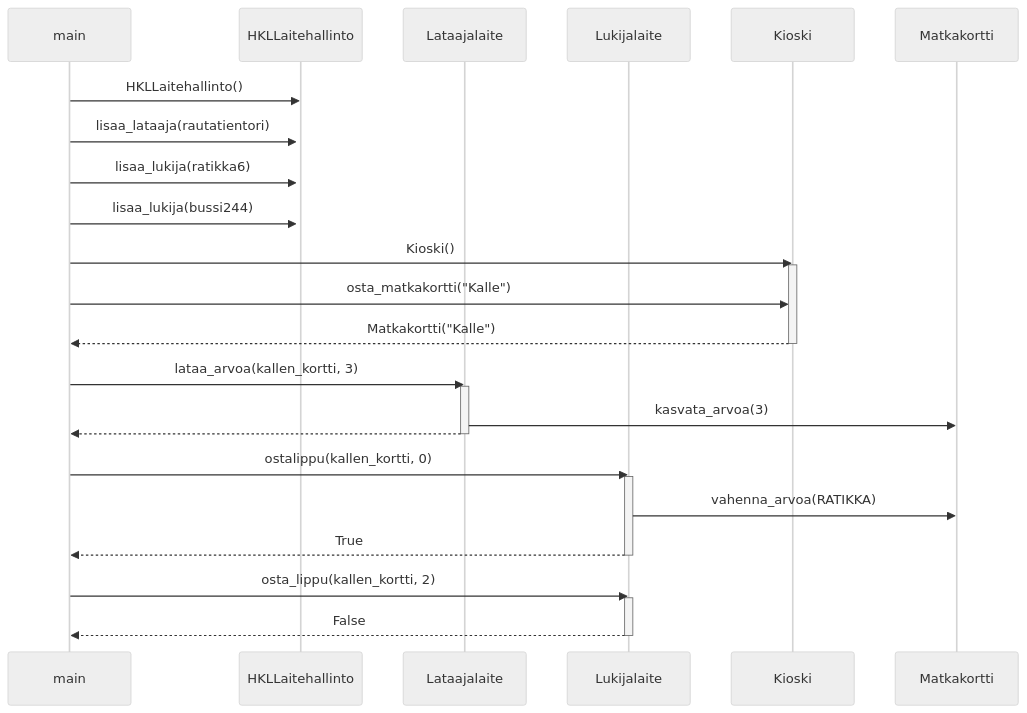
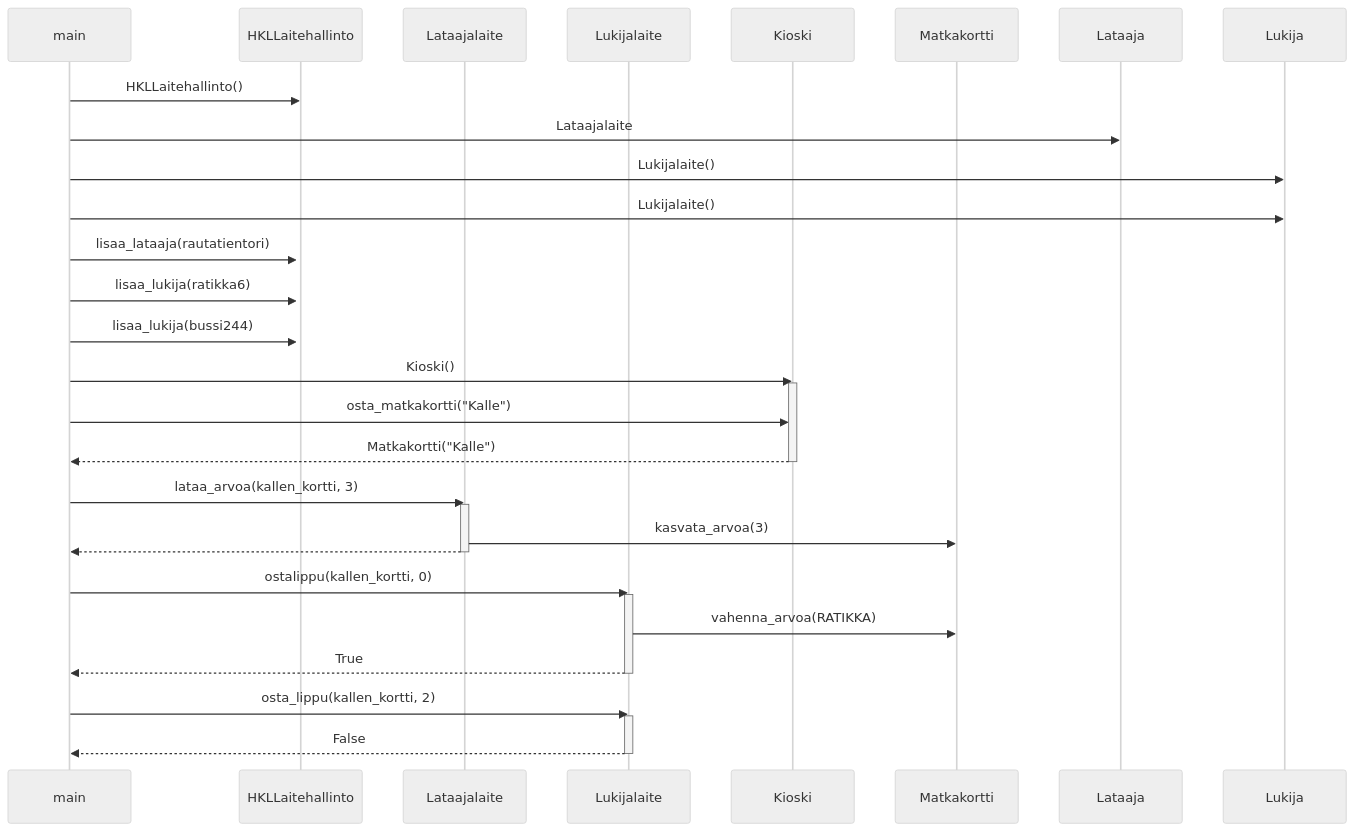
The diagram in laskarit/viikko3/laajempi_sekvenssikaavio.md (brotholi/ot-harjoitustyo), drawn with Mermaid (neutral theme) before and after one commit.

````diff
--- a/laskarit/viikko3/laajempi_sekvenssikaavio.md
+++ b/laskarit/viikko3/laajempi_sekvenssikaavio.md
@@ -3,42 +3,45 @@
 ```mermaid
 sequenceDiagram
   participant main
   participant HKLLaitehallinto
   participant Lataajalaite
   participant Lukijalaite
   participant Kioski
   participant Matkakortti
   
   main->>HKLLaitehallinto: HKLLaitehallinto()
   activate HKLLaitehallinto
+  main->>Lataaja: Lataajalaite
+  main->>Lukija: Lukijalaite()
+  main->>Lukija: Lukijalaite()
  
   main->>HKLLaitehallinto: lisaa_lataaja(rautatientori)
   main->>HKLLaitehallinto: lisaa_lukija(ratikka6)
   main->>HKLLaitehallinto: lisaa_lukija(bussi244)
   
   main->>Kioski: Kioski()
   activate Kioski
   main->>Kioski: osta_matkakortti("Kalle")
   Kioski-->>main: Matkakortti("Kalle")
   deactivate Kioski
   
   main->>Lataajalaite: lataa_arvoa(kallen_kortti, 3)
   activate Lataajalaite
   Lataajalaite->>Matkakortti: kasvata_arvoa(3)
   Lataajalaite-->>main:   
   deactivate Lataajalaite
   
   
   main->>Lukijalaite: ostalippu(kallen_kortti, 0)
   activate Lukijalaite
   Lukijalaite->>Matkakortti: vahenna_arvoa(RATIKKA)
   Lukijalaite-->>main: True
   deactivate Lukijalaite
   
   main->>Lukijalaite: osta_lippu(kallen_kortti, 2)
   activate Lukijalaite
   Lukijalaite-->>main: False
   deactivate Lukijalaite
   
   
   ```
````
